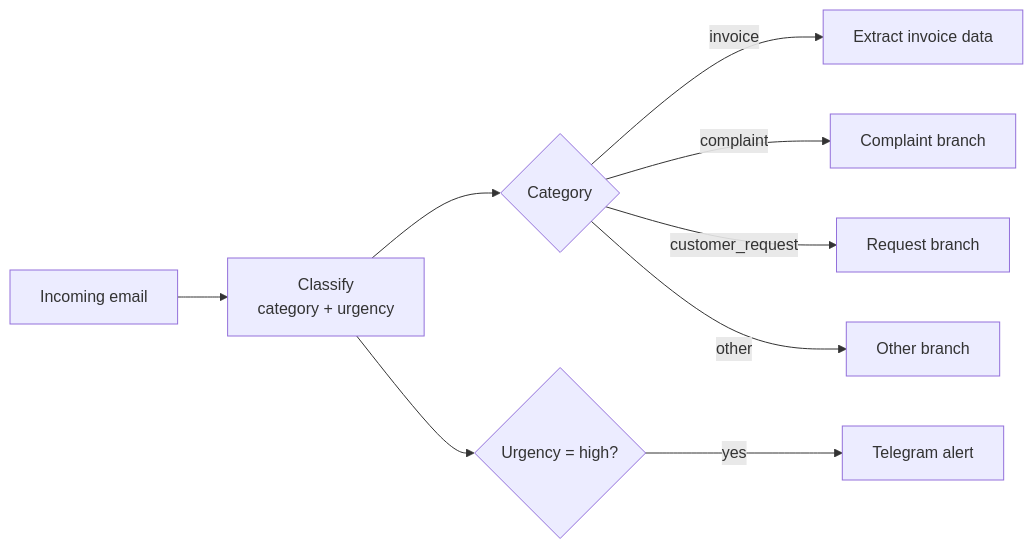
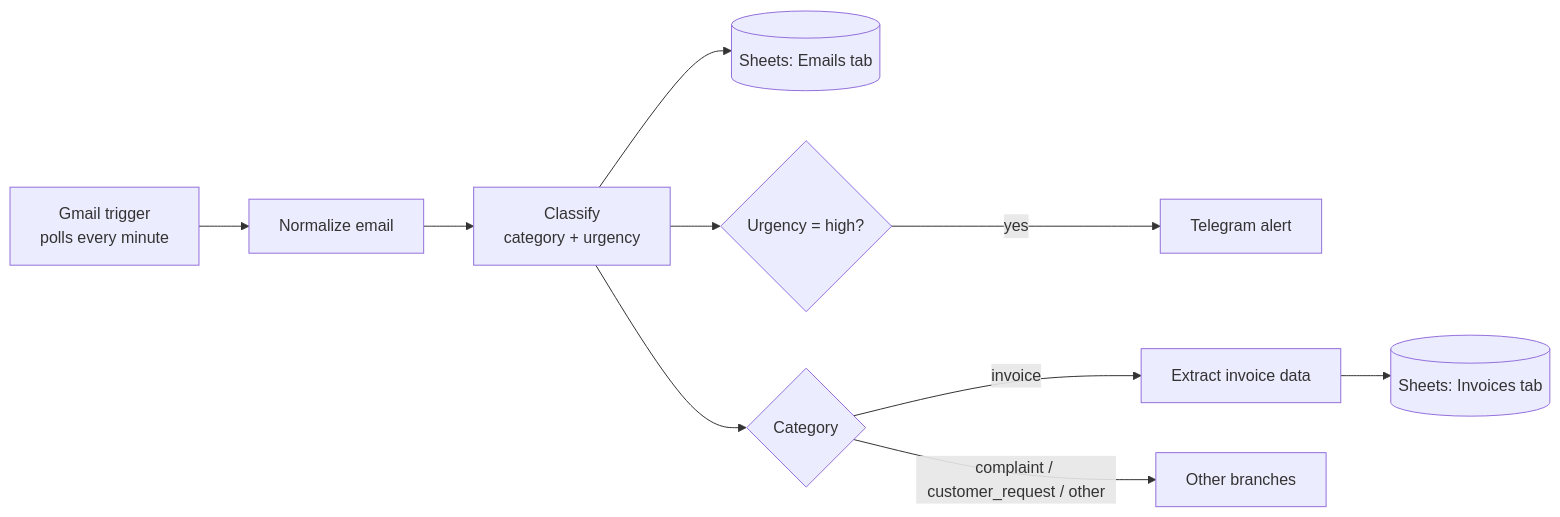
The diagram in README.md (ClarasrCoelho/ai-inbox-automation), drawn with Mermaid before and after one commit. The commit also changed other lines of this file, not shown here.

Commit message:
Update README: Gmail, Telegram, Sheets, extraction eval and limitations

````diff
--- a/README.md
+++ b/README.md
@@ -18,11 +20,12 @@
 ```mermaid
 flowchart LR
-    A[Incoming email] --> B[Classify<br/>category + urgency]
+    A[Gmail trigger<br/>polls every minute] --> N[Normalize email]
+    N --> B[Classify<br/>category + urgency]
+    B --> L1[(Sheets: Emails tab)]
+    B --> H{Urgency = high?}
+    H -->|yes| I[Telegram alert]
     B --> C{Category}
     C -->|invoice| D[Extract invoice data]
-    C -->|complaint| E[Complaint branch]
-    C -->|customer_request| F[Request branch]
-    C -->|other| G[Other branch]
-    B --> H{Urgency = high?}
-    H -->|yes| I[Telegram alert]
+    D --> L2[(Sheets: Invoices tab)]
+    C -->|complaint / customer_request / other| G[Other branches]
 ```
````
